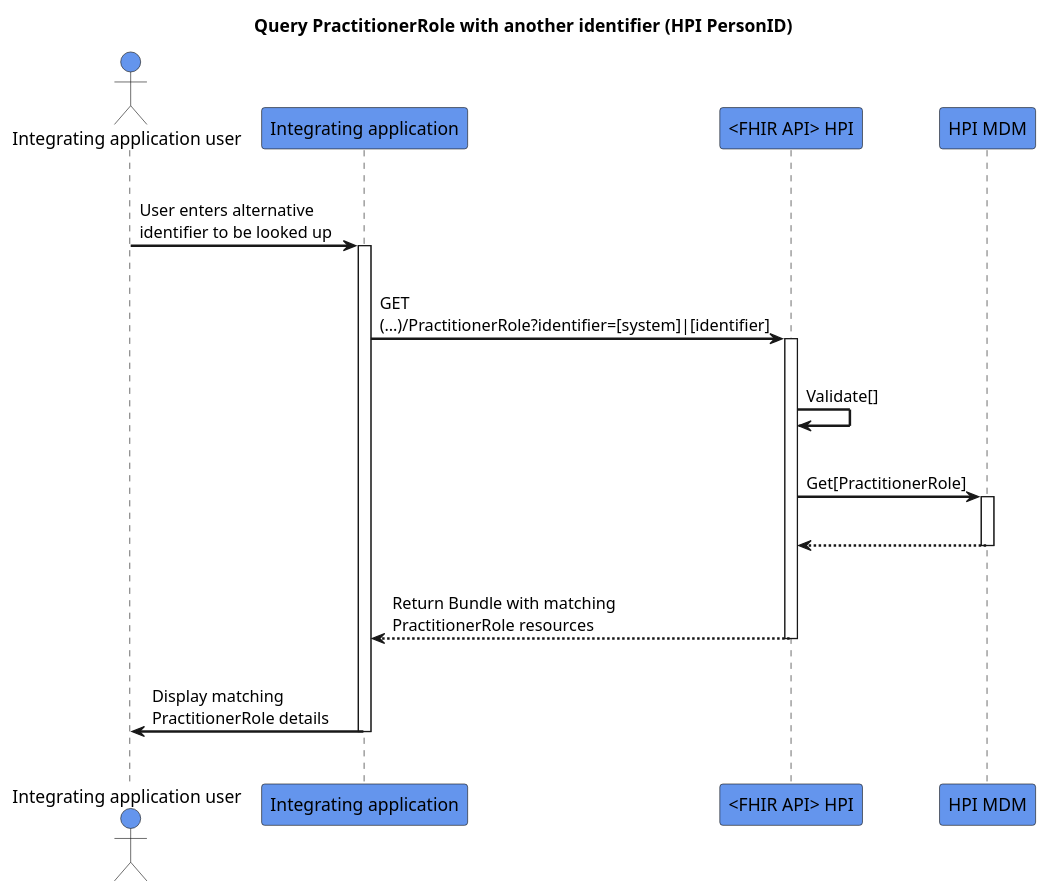
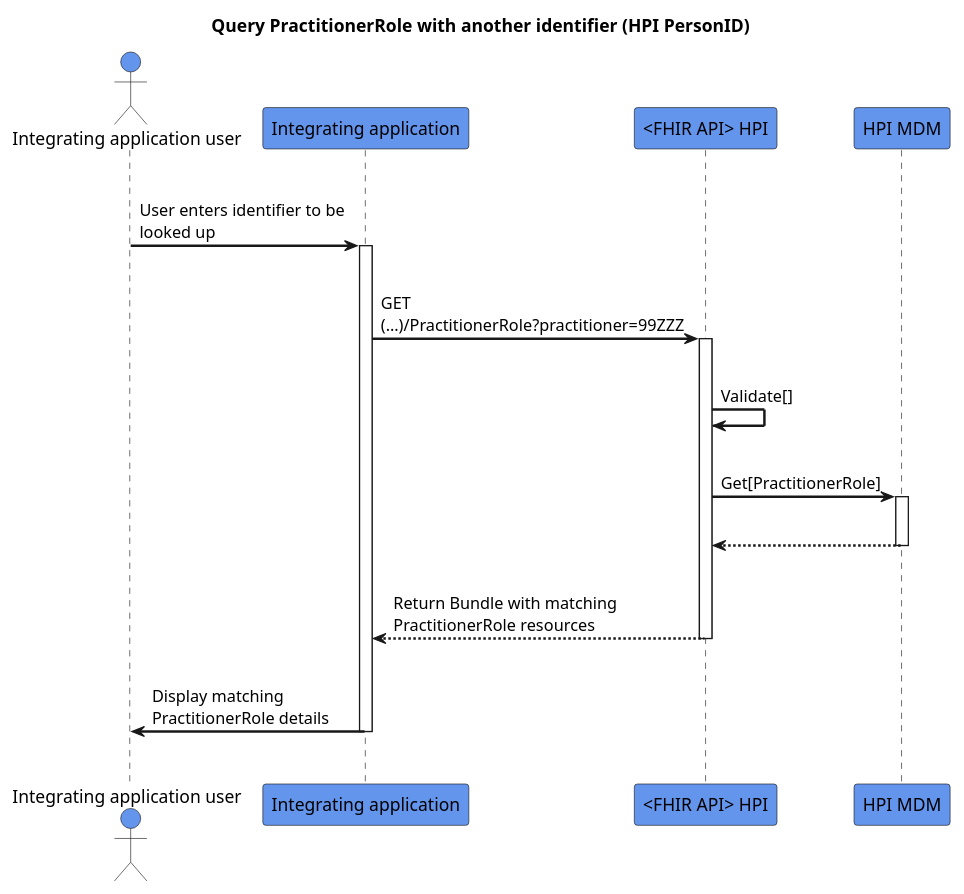
Before and after one commit to HL7NZ/hpi: the diagram in input/images-source/query-practitionerrole.plantuml, drawn with PlantUML.

```diff
--- a/input/images-source/query-practitionerrole.plantuml
+++ b/input/images-source/query-practitionerrole.plantuml
@@ -1,33 +1,33 @@
 @startuml
 skinparam sequenceArrowThickness 2
 skinparam roundcorner 5
 skinparam maxmessagesize 180
 skinparam sequenceParticipant bold
 title Query PractitionerRole with another identifier (HPI PersonID)
 actor "Integrating application user" as User #CornflowerBlue
 participant "Integrating application" as A #CornflowerBlue
 participant "<FHIR API> HPI" as B #CornflowerBlue
 participant "HPI MDM" as C #CornflowerBlue
 |||
-User -> A: User enters alternative identifier to be looked up
+User -> A: User enters identifier to be looked up
 activate A
 |||
-A -> B: GET (…)/PractitionerRole?identifier=[system]|[identifier]
+A -> B: GET (…)/PractitionerRole?practitioner=99ZZZ
 activate B
 |||
 B -> B: Validate[]
 |||
 B -> C: Get[PractitionerRole]
 activate C
 |||
 
 C -[dashed]-> B:  
 deactivate C
 |||
 B -[dashed]-> A:Return Bundle with matching PractitionerRole resources
 deactivate B
 |||
 A -> User: Display matching PractitionerRole details
 deactivate A
 |||
 @enduml
```
